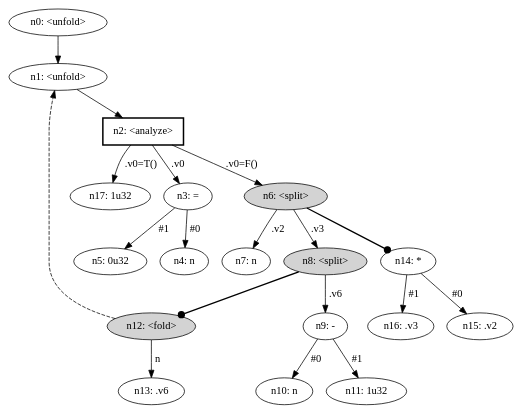
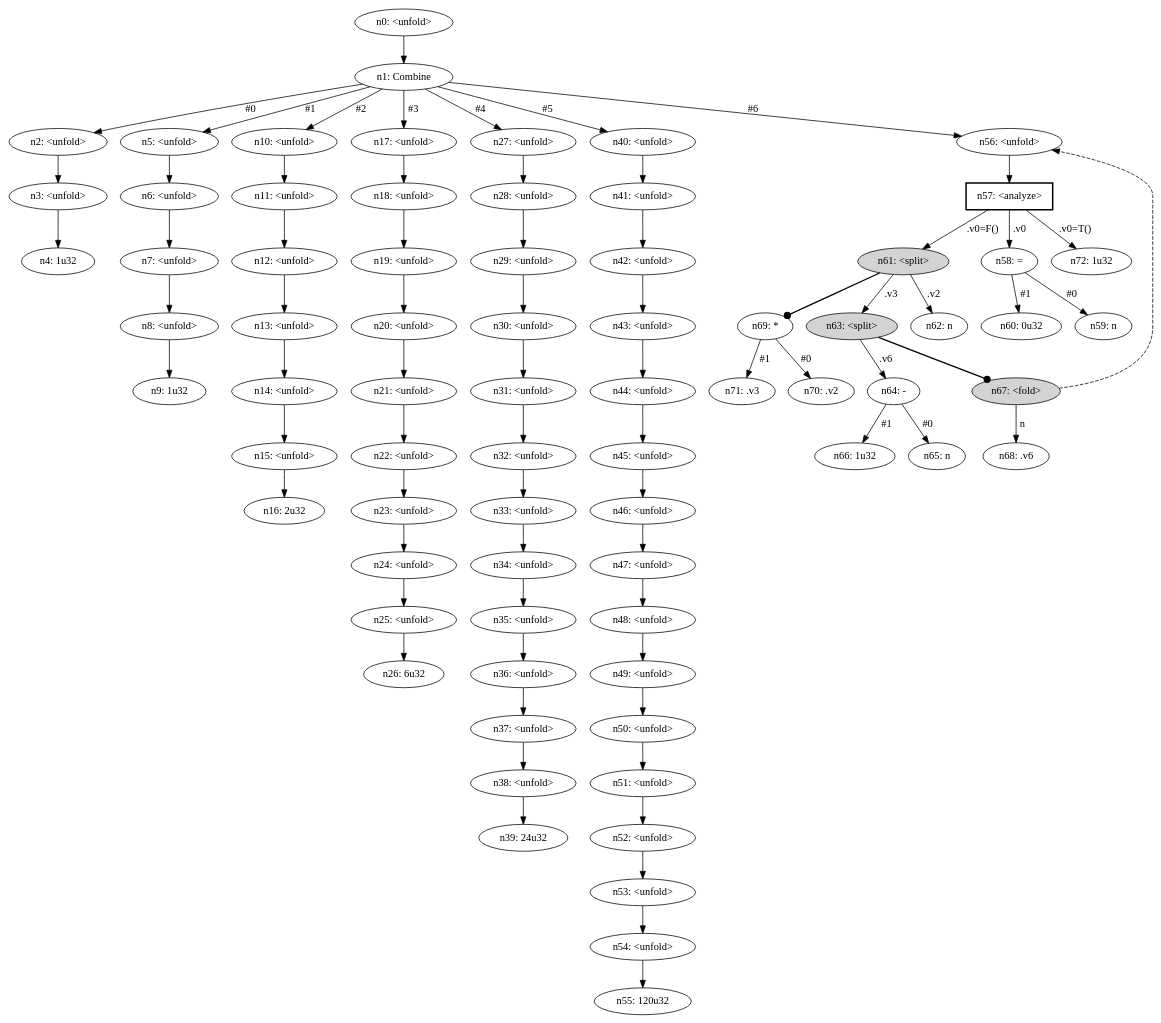
Before and after one commit to mazeppa-dev/mazeppa: the diagram in examples/factorial/target/graph.dot, drawn with Graphviz. The commit also changed 19 other files, not shown here.

```diff
--- a/examples/factorial/target/graph.dot
+++ b/examples/factorial/target/graph.dot
@@ -1,40 +1,150 @@
 digraph {
     node [fontname="bold helvetica"];
     edge [fontname="bold helvetica"];
     n0 [label="n0: <unfold>"];
-    n1 [label="n1: <unfold>"];
+    n1 [label="n1: Combine"];
     n0 -> n1;
-    n2 [label="n2: <analyze>"] [shape=box style=bold];
-    n1 -> n2;
-    n3 [label="n3: ="];
-    n2 -> n3 [label=" .v0 "];
-    n4 [label="n4: n"];
-    n3 -> n4 [label=" #0 "];
-    n5 [label="n5: 0u32"];
-    n3 -> n5 [label=" #1 "];
-    n6 [label="n6: <split>"] [style=filled];
-    n2 -> n6 [label=" .v0=F() "];
-    n7 [label="n7: n"];
-    n6 -> n7 [label=" .v2 "];
-    n8 [label="n8: <split>"] [style=filled];
-    n6 -> n8 [label=" .v3 "];
-    n9 [label="n9: -"];
-    n8 -> n9 [label=" .v6 "];
-    n10 [label="n10: n"];
-    n9 -> n10 [label=" #0 "];
-    n11 [label="n11: 1u32"];
-    n9 -> n11 [label=" #1 "];
-    n12 [label="n12: <fold>"] [style=filled];
-    n8 -> n12 [penwidth=1.7 arrowhead=dot];
-    n12 -> n1 [style=dashed];
-    n13 [label="n13: .v6"];
-    n12 -> n13 [label=" n "];
-    n14 [label="n14: *"];
-    n6 -> n14 [penwidth=1.7 arrowhead=dot];
-    n15 [label="n15: .v2"];
-    n14 -> n15 [label=" #0 "];
-    n16 [label="n16: .v3"];
-    n14 -> n16 [label=" #1 "];
-    n17 [label="n17: 1u32"];
-    n2 -> n17 [label=" .v0=T() "];
+    n2 [label="n2: <unfold>"];
+    n1 -> n2 [label=" #0 "];
+    n3 [label="n3: <unfold>"];
+    n2 -> n3;
+    n4 [label="n4: 1u32"];
+    n3 -> n4;
+    n5 [label="n5: <unfold>"];
+    n1 -> n5 [label=" #1 "];
+    n6 [label="n6: <unfold>"];
+    n5 -> n6;
+    n7 [label="n7: <unfold>"];
+    n6 -> n7;
+    n8 [label="n8: <unfold>"];
+    n7 -> n8;
+    n9 [label="n9: 1u32"];
+    n8 -> n9;
+    n10 [label="n10: <unfold>"];
+    n1 -> n10 [label=" #2 "];
+    n11 [label="n11: <unfold>"];
+    n10 -> n11;
+    n12 [label="n12: <unfold>"];
+    n11 -> n12;
+    n13 [label="n13: <unfold>"];
+    n12 -> n13;
+    n14 [label="n14: <unfold>"];
+    n13 -> n14;
+    n15 [label="n15: <unfold>"];
+    n14 -> n15;
+    n16 [label="n16: 2u32"];
+    n15 -> n16;
+    n17 [label="n17: <unfold>"];
+    n1 -> n17 [label=" #3 "];
+    n18 [label="n18: <unfold>"];
+    n17 -> n18;
+    n19 [label="n19: <unfold>"];
+    n18 -> n19;
+    n20 [label="n20: <unfold>"];
+    n19 -> n20;
+    n21 [label="n21: <unfold>"];
+    n20 -> n21;
+    n22 [label="n22: <unfold>"];
+    n21 -> n22;
+    n23 [label="n23: <unfold>"];
+    n22 -> n23;
+    n24 [label="n24: <unfold>"];
+    n23 -> n24;
+    n25 [label="n25: <unfold>"];
+    n24 -> n25;
+    n26 [label="n26: 6u32"];
+    n25 -> n26;
+    n27 [label="n27: <unfold>"];
+    n1 -> n27 [label=" #4 "];
+    n28 [label="n28: <unfold>"];
+    n27 -> n28;
+    n29 [label="n29: <unfold>"];
+    n28 -> n29;
+    n30 [label="n30: <unfold>"];
+    n29 -> n30;
+    n31 [label="n31: <unfold>"];
+    n30 -> n31;
+    n32 [label="n32: <unfold>"];
+    n31 -> n32;
+    n33 [label="n33: <unfold>"];
+    n32 -> n33;
+    n34 [label="n34: <unfold>"];
+    n33 -> n34;
+    n35 [label="n35: <unfold>"];
+    n34 -> n35;
+    n36 [label="n36: <unfold>"];
+    n35 -> n36;
+    n37 [label="n37: <unfold>"];
+    n36 -> n37;
+    n38 [label="n38: <unfold>"];
+    n37 -> n38;
+    n39 [label="n39: 24u32"];
+    n38 -> n39;
+    n40 [label="n40: <unfold>"];
+    n1 -> n40 [label=" #5 "];
+    n41 [label="n41: <unfold>"];
+    n40 -> n41;
+    n42 [label="n42: <unfold>"];
+    n41 -> n42;
+    n43 [label="n43: <unfold>"];
+    n42 -> n43;
+    n44 [label="n44: <unfold>"];
+    n43 -> n44;
+    n45 [label="n45: <unfold>"];
+    n44 -> n45;
+    n46 [label="n46: <unfold>"];
+    n45 -> n46;
+    n47 [label="n47: <unfold>"];
+    n46 -> n47;
+    n48 [label="n48: <unfold>"];
+    n47 -> n48;
+    n49 [label="n49: <unfold>"];
+    n48 -> n49;
+    n50 [label="n50: <unfold>"];
+    n49 -> n50;
+    n51 [label="n51: <unfold>"];
+    n50 -> n51;
+    n52 [label="n52: <unfold>"];
+    n51 -> n52;
+    n53 [label="n53: <unfold>"];
+    n52 -> n53;
+    n54 [label="n54: <unfold>"];
+    n53 -> n54;
+    n55 [label="n55: 120u32"];
+    n54 -> n55;
+    n56 [label="n56: <unfold>"];
+    n1 -> n56 [label=" #6 "];
+    n57 [label="n57: <analyze>"] [shape=box style=bold];
+    n56 -> n57;
+    n58 [label="n58: ="];
+    n57 -> n58 [label=" .v0 "];
+    n59 [label="n59: n"];
+    n58 -> n59 [label=" #0 "];
+    n60 [label="n60: 0u32"];
+    n58 -> n60 [label=" #1 "];
+    n61 [label="n61: <split>"] [style=filled];
+    n57 -> n61 [label=" .v0=F() "];
+    n62 [label="n62: n"];
+    n61 -> n62 [label=" .v2 "];
+    n63 [label="n63: <split>"] [style=filled];
+    n61 -> n63 [label=" .v3 "];
+    n64 [label="n64: -"];
+    n63 -> n64 [label=" .v6 "];
+    n65 [label="n65: n"];
+    n64 -> n65 [label=" #0 "];
+    n66 [label="n66: 1u32"];
+    n64 -> n66 [label=" #1 "];
+    n67 [label="n67: <fold>"] [style=filled];
+    n63 -> n67 [penwidth=1.7 arrowhead=dot];
+    n67 -> n56 [style=dashed];
+    n68 [label="n68: .v6"];
+    n67 -> n68 [label=" n "];
+    n69 [label="n69: *"];
+    n61 -> n69 [penwidth=1.7 arrowhead=dot];
+    n70 [label="n70: .v2"];
+    n69 -> n70 [label=" #0 "];
+    n71 [label="n71: .v3"];
+    n69 -> n71 [label=" #1 "];
+    n72 [label="n72: 1u32"];
+    n57 -> n72 [label=" .v0=T() "];
 }
```
